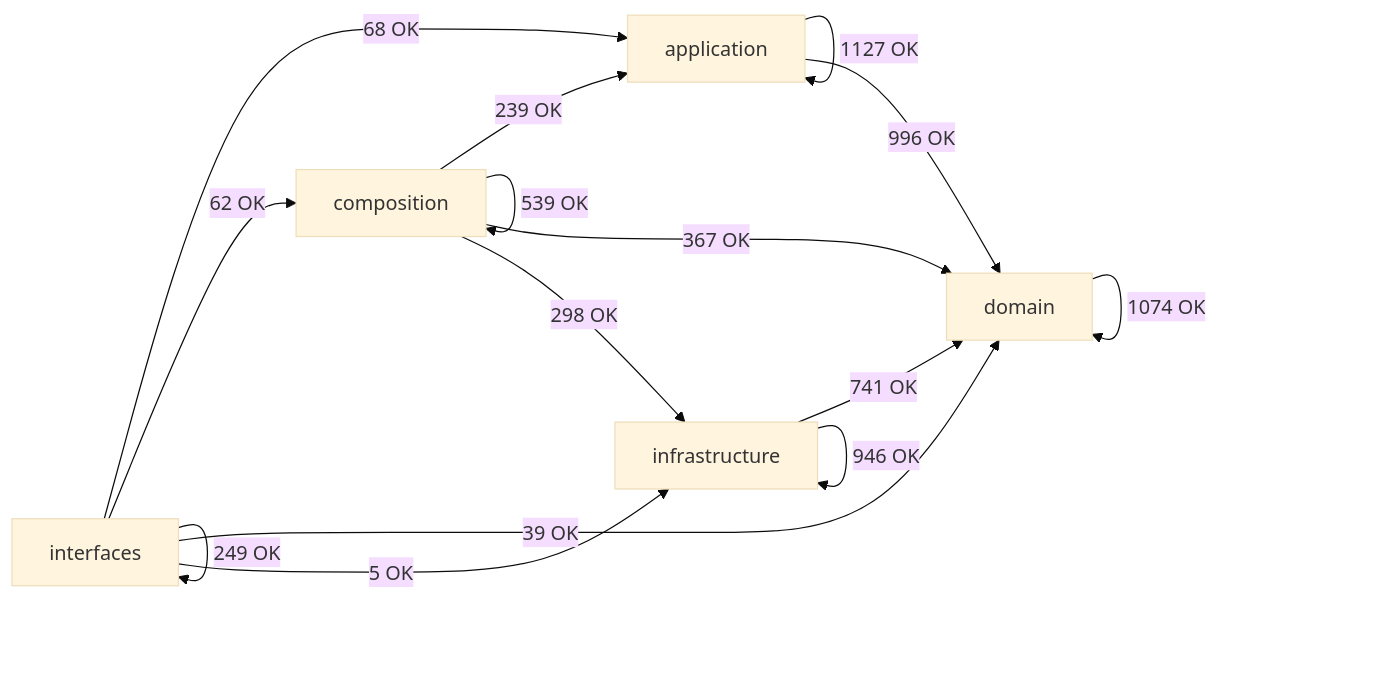
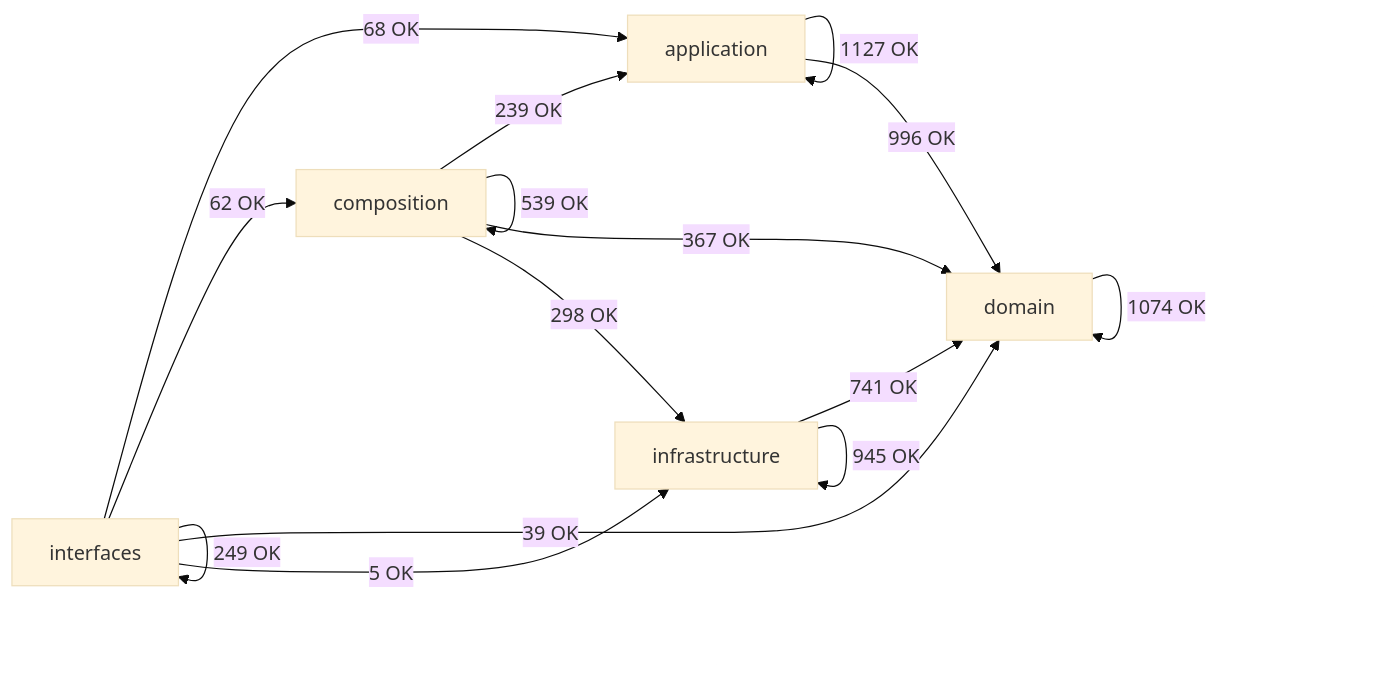
One commit to SatoryKono/BioactivityDataAcquisition changed the diagram in docs/02-architecture/generated/module-dependency-map.md. Above: the diagram before and after it, drawn with Mermaid (base theme). The commit also changed other lines of this file and 19 other files, not shown here.

First line of the commit message:
Optional UniProt API key and schema refactor

````diff
--- a/docs/02-architecture/generated/module-dependency-map.md
+++ b/docs/02-architecture/generated/module-dependency-map.md
@@ -17,22 +17,22 @@
 ```mermaid
 flowchart LR
     domain[domain]
     application[application]
     infrastructure[infrastructure]
     composition[composition]
     interfaces[interfaces]
     application -->|1127 OK| application
     application -->|996 OK| domain
     composition -->|239 OK| application
     composition -->|539 OK| composition
     composition -->|367 OK| domain
     composition -->|298 OK| infrastructure
     domain -->|1074 OK| domain
     infrastructure -->|741 OK| domain
-    infrastructure -->|946 OK| infrastructure
+    infrastructure -->|945 OK| infrastructure
     interfaces -->|68 OK| application
     interfaces -->|62 OK| composition
     interfaces -->|39 OK| domain
     interfaces -->|5 OK| infrastructure
     interfaces -->|249 OK| interfaces
 ```
````
